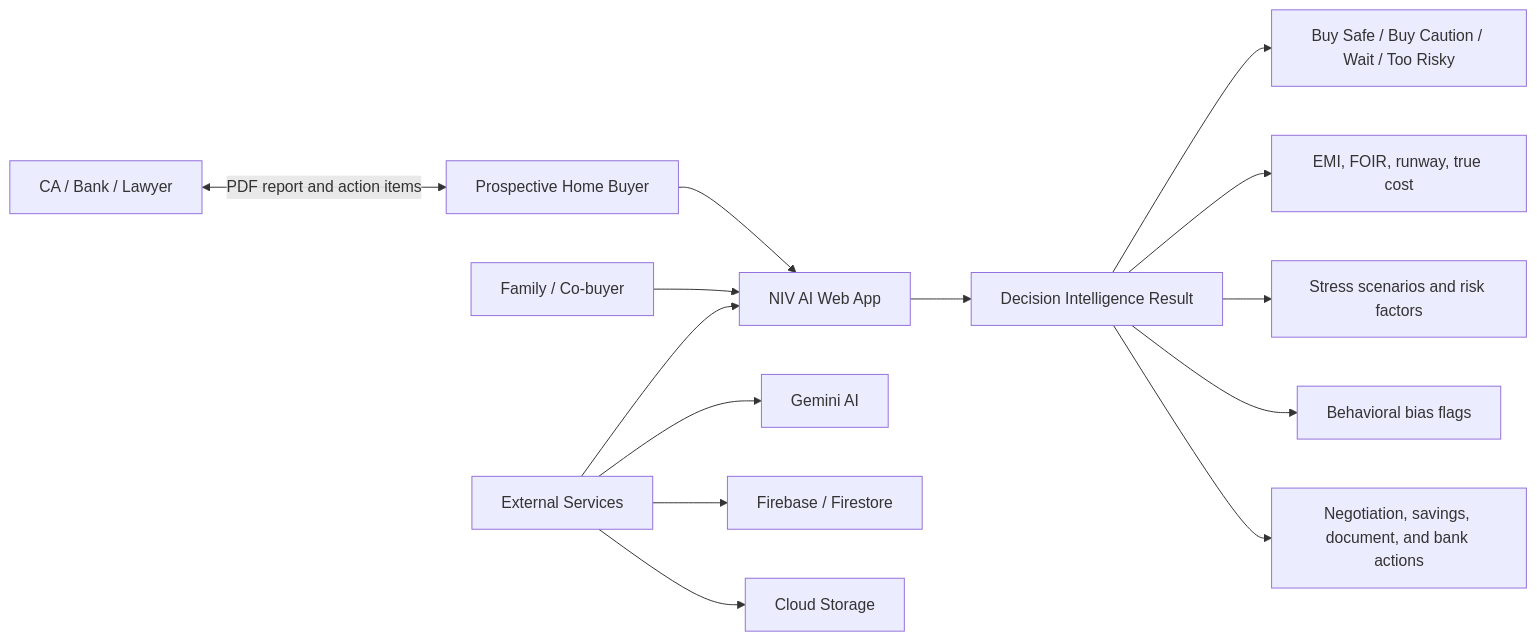
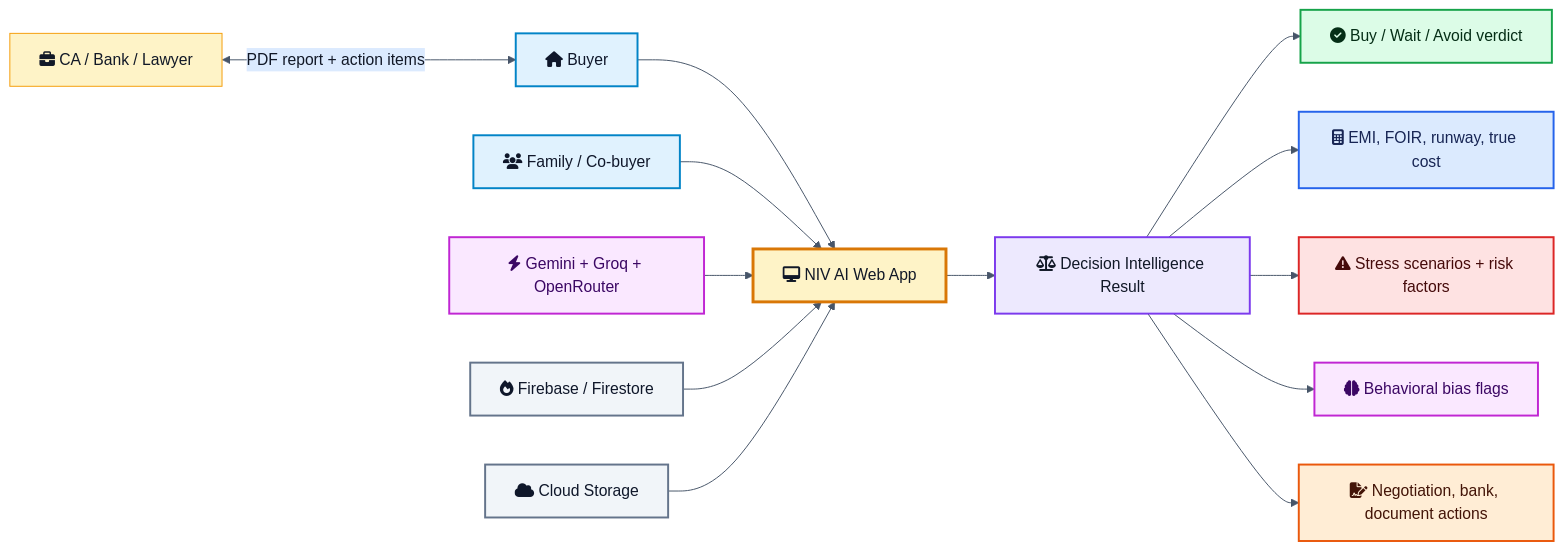
Before and after one commit to HeetRanpura/NIV-AI: the first of 15 diagrams in README.md, drawn with Mermaid. The commit also changed other lines of this file, not shown here.

Commit message:
Refine README diagrams and cost model

````diff
--- a/README.md
+++ b/README.md
@@ -242,19 +80,29 @@
 ```mermaid
+%%{init: {"theme":"base","themeVariables":{"primaryColor":"#fef3c7","primaryBorderColor":"#f59e0b","primaryTextColor":"#111827","lineColor":"#475569","secondaryColor":"#dbeafe","tertiaryColor":"#dcfce7","fontFamily":"Inter, Arial"}}}%%
 flowchart LR
-    Buyer["Prospective Home Buyer"] --> Web["NIV AI Web App"]
-    Family["Family / Co-buyer"] --> Web
-    Advisor["CA / Bank / Lawyer"] <-- "PDF report and action items" --> Buyer
+    Buyer["fa:fa-home Buyer"]:::person --> Web["fa:fa-desktop NIV AI Web App"]:::product
+    Family["fa:fa-users Family / Co-buyer"]:::person --> Web
+    Advisor["fa:fa-briefcase CA / Bank / Lawyer"]:::expert <-- "PDF report + action items" --> Buyer
 
-    Web --> Decision["Decision Intelligence Result"]
+    Web --> Decision["fa:fa-scale-balanced Decision Intelligence Result"]:::decision
 
-    Decision --> Verdict["Buy Safe / Buy Caution / Wait / Too Risky"]
-    Decision --> Numbers["EMI, FOIR, runway, true cost"]
-    Decision --> Risks["Stress scenarios and risk factors"]
-    Decision --> Bias["Behavioral bias flags"]
-    Decision --> Actions["Negotiation, savings, document, and bank actions"]
+    Decision --> Verdict["fa:fa-circle-check Buy / Wait / Avoid verdict"]:::safe
+    Decision --> Numbers["fa:fa-calculator EMI, FOIR, runway, true cost"]:::math
+    Decision --> Risks["fa:fa-triangle-exclamation Stress scenarios + risk factors"]:::risk
+    Decision --> Bias["fa:fa-brain Behavioral bias flags"]:::ai
+    Decision --> Actions["fa:fa-file-signature Negotiation, bank, document actions"]:::action
 
-    External["External Services"] --> Web
-    External --> Gemini["Gemini AI"]
-    External --> Firebase["Firebase / Firestore"]
-    External --> GCS["Cloud Storage"]
+    Gemini["fa:fa-bolt Gemini + Groq + OpenRouter"]:::ai --> Web
+    Firebase["fa:fa-fire Firebase / Firestore"]:::cloud --> Web
+    Storage["fa:fa-cloud Cloud Storage"]:::cloud --> Web
+
+    classDef person fill:#e0f2fe,stroke:#0284c7,stroke-width:2px,color:#0f172a;
+    classDef product fill:#fef3c7,stroke:#d97706,stroke-width:3px,color:#111827;
+    classDef decision fill:#ede9fe,stroke:#7c3aed,stroke-width:2px,color:#111827;
+    classDef safe fill:#dcfce7,stroke:#16a34a,stroke-width:2px,color:#052e16;
+    classDef math fill:#dbeafe,stroke:#2563eb,stroke-width:2px,color:#172554;
+    classDef risk fill:#fee2e2,stroke:#dc2626,stroke-width:2px,color:#450a0a;
+    classDef ai fill:#fae8ff,stroke:#c026d3,stroke-width:2px,color:#3b0764;
+    classDef action fill:#ffedd5,stroke:#ea580c,stroke-width:2px,color:#431407;
+    classDef cloud fill:#f1f5f9,stroke:#64748b,stroke-width:2px,color:#0f172a;
 ```
````
